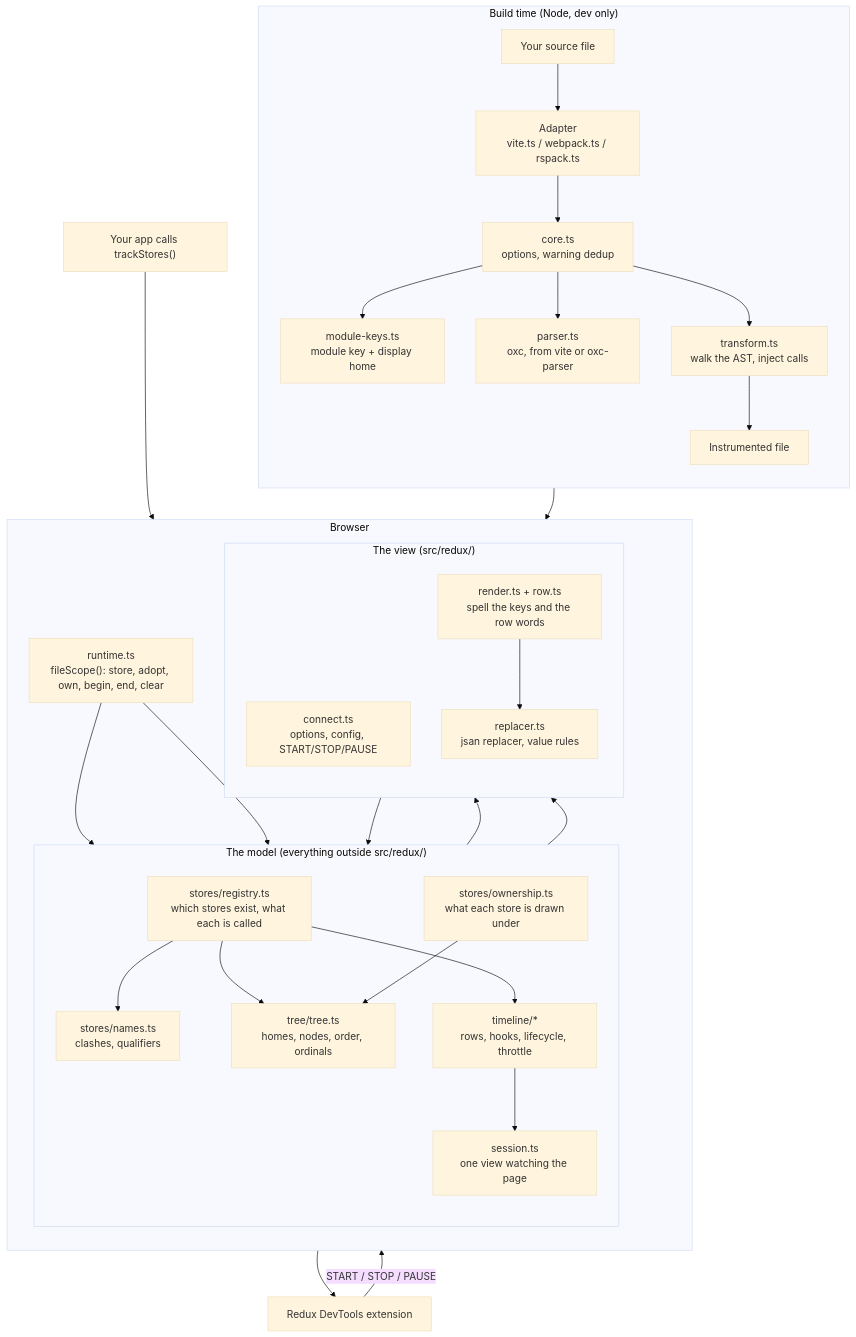
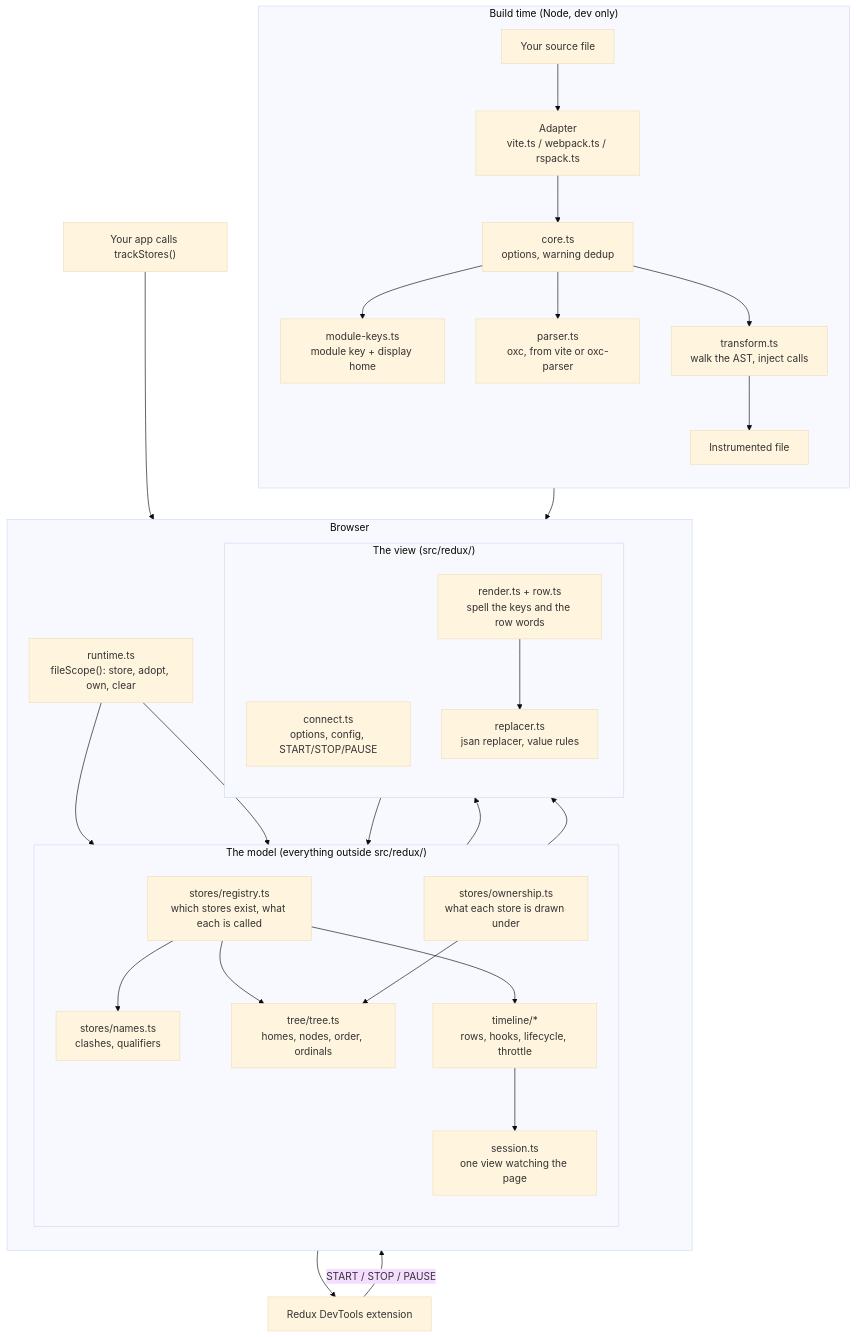
Before and after one commit to psd-coder/nanostores-devtools: the first of 3 diagrams in docs/architecture.md, drawn with Mermaid (base theme). The commit also changed other lines of this file and 4 other files, not shown here.

````diff
--- a/docs/architecture.md
+++ b/docs/architecture.md
@@ -35,56 +41,56 @@
 ```mermaid
 flowchart TB
   subgraph build["Build time (Node, dev only)"]
     direction TB
     src["Your source file"]
     adapter["Adapter<br/>vite.ts / webpack.ts / rspack.ts"]
     core["core.ts<br/>options, warning dedup"]
     keys["module-keys.ts<br/>module key + display home"]
     parser["parser.ts<br/>oxc, from vite or oxc-parser"]
     transform["transform.ts<br/>walk the AST, inject calls"]
     out["Instrumented file"]
 
     src --> adapter --> core
     core --> keys
     core --> parser
     core --> transform --> out
   end
 
   subgraph browser["Browser"]
     direction TB
-    runtime["runtime.ts<br/>fileScope(): store, adopt, own, begin, end, clear"]
+    runtime["runtime.ts<br/>fileScope(): store, adopt, own, clear"]
 
     subgraph model["The model (everything outside src/redux/)"]
       direction TB
       registry["stores/registry.ts<br/>which stores exist, what each is called"]
       names["stores/names.ts<br/>clashes, qualifiers"]
       ownership["stores/ownership.ts<br/>what each store is drawn under"]
       tree["tree/tree.ts<br/>homes, nodes, order, ordinals"]
       timeline["timeline/*<br/>rows, hooks, lifecycle, throttle"]
       session["session.ts<br/>one view watching the page"]
     end
 
     subgraph view["The view (src/redux/)"]
       direction TB
       connect["connect.ts<br/>options, config, START/STOP/PAUSE"]
       render["render.ts + row.ts<br/>spell the keys and the row words"]
       replacer["replacer.ts<br/>jsan replacer, value rules"]
     end
   end
 
   ext["Redux DevTools extension"]
   app["Your app calls trackStores()"]
 
   out --> runtime
   runtime --> registry
   runtime --> ownership
   app --> registry
   registry --> names
   registry --> tree
   ownership --> tree
   registry --> timeline
   tree --> render
   timeline --> session --> render --> replacer --> ext
   ext -- "START / STOP / PAUSE" --> connect
   connect --> session
 ```
````
